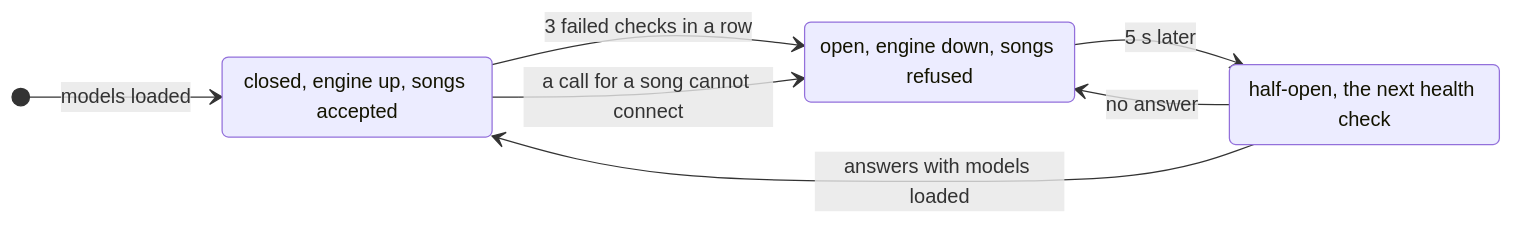
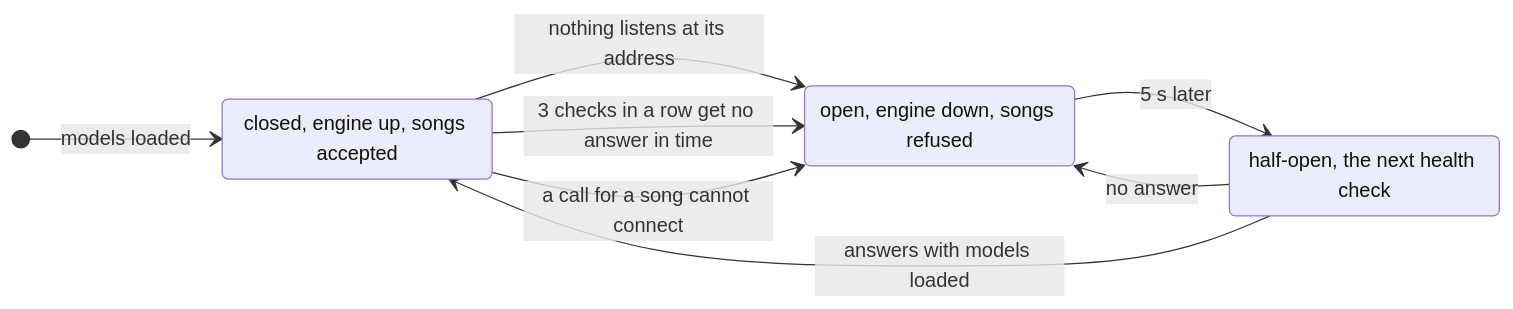
Before and after one commit to fulgas/maio: the second of 3 diagrams in docs/architecture/08-crosscutting-concepts.md, drawn with Mermaid. The commit also changed other lines of this file and 18 other files, not shown here.

````diff
--- a/docs/architecture/08-crosscutting-concepts.md
+++ b/docs/architecture/08-crosscutting-concepts.md
@@ -146,13 +147,14 @@
 ```mermaid
 stateDiagram-v2
     direction LR
     closed: closed, engine up, songs accepted
     open: open, engine down, songs refused
     halfopen: half-open, the next health check
     [*] --> closed: models loaded
-    closed --> open: 3 failed checks in a row
+    closed --> open: nothing listens at its address
+    closed --> open: 3 checks in a row get no answer in time
     closed --> open: a call for a song cannot connect
     open --> halfopen: 5 s later
     halfopen --> closed: answers with models loaded
     halfopen --> open: no answer
 ```
````
